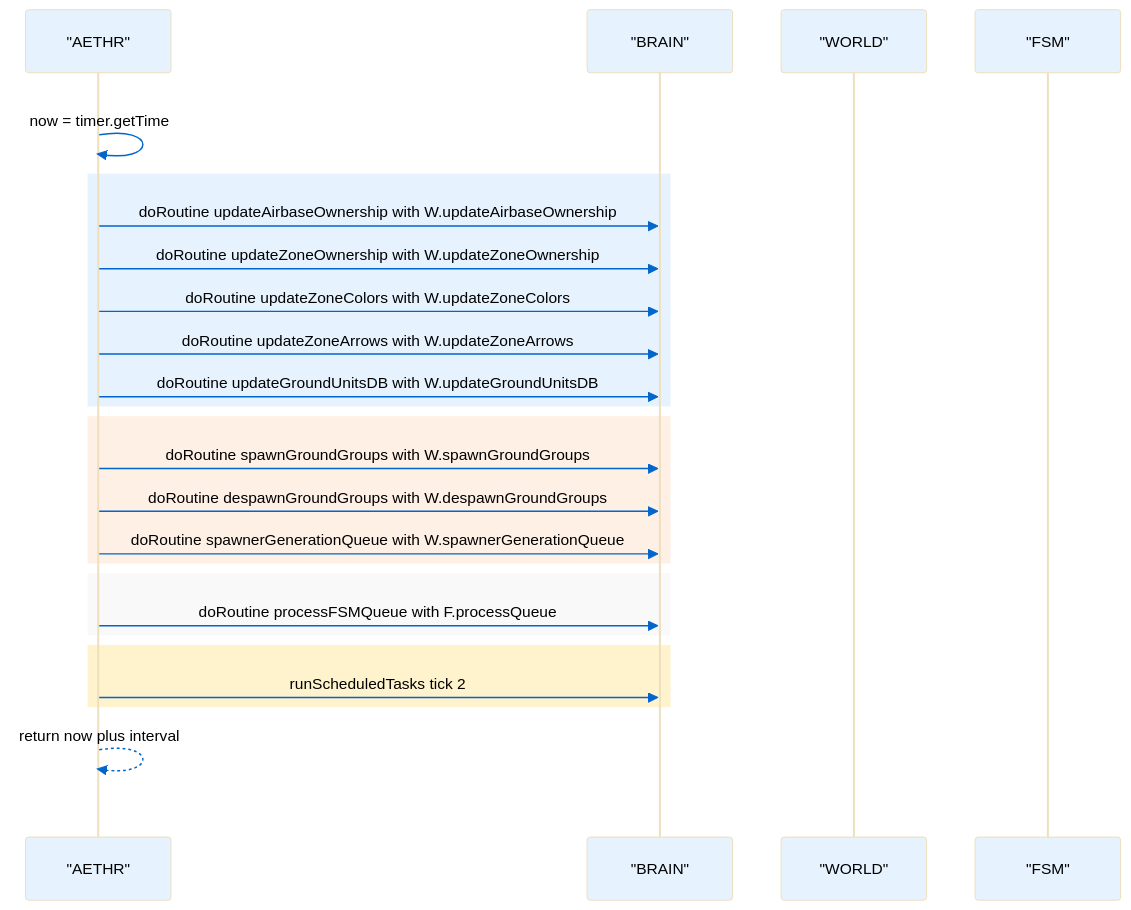
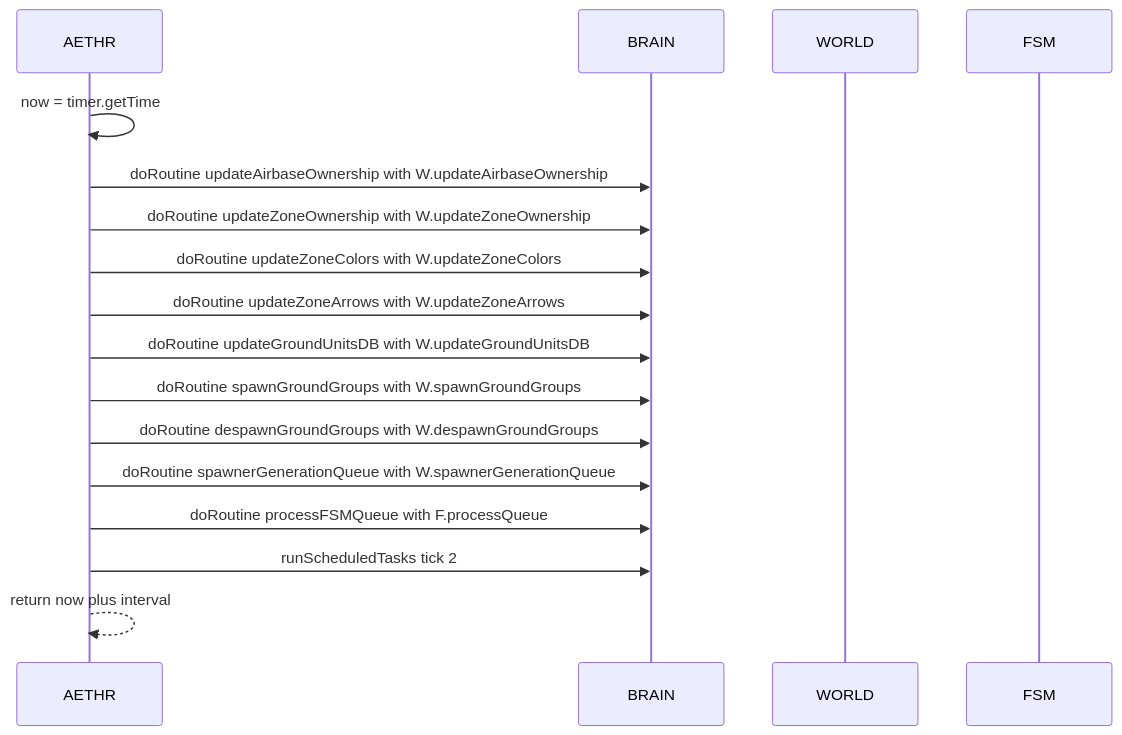
The second of 2 diagrams in docs/aethr/background_processes.md (Gh0st352/AETHR), drawn with Mermaid before and after one commit. The commit also changed other lines of this file and 20 other files, not shown here.

First line of the commit message:
docs: unify mermaid themes and clarify module graphs

````diff
--- a/docs/aethr/background_processes.md
+++ b/docs/aethr/background_processes.md
@@ -83,36 +59,21 @@
 ```mermaid
-%%{init: {"theme":"base","themeVariables":{"actorBkg":"#e6f3ff","actorTextColor":"#000000ff","lineColor":"#495057","signalColor":"#0066cc","signalTextColor":"#000000ff","textColor":"#000000ff","fontSize":"14px"}}}%%
+%% shared theme: docs/_mermaid/theme.json %%
 sequenceDiagram
-  participant A as "AETHR"
-  participant B as "BRAIN"
-  participant W as "WORLD"
-  participant F as "FSM"
+  participant A as AETHR
+  participant B as BRAIN
+  participant W as WORLD
+  participant F as FSM
 
-  rect rgba(255, 255, 255, 0.75)
-    A->>A: now = timer.getTime
-
-    rect rgb(230,243,255)
-      A->>B: doRoutine updateAirbaseOwnership with W.updateAirbaseOwnership
-      A->>B: doRoutine updateZoneOwnership with W.updateZoneOwnership
-      A->>B: doRoutine updateZoneColors with W.updateZoneColors
-      A->>B: doRoutine updateZoneArrows with W.updateZoneArrows
-      A->>B: doRoutine updateGroundUnitsDB with W.updateGroundUnitsDB
-    end
-
-    rect rgb(255,240,230)
-      A->>B: doRoutine spawnGroundGroups with W.spawnGroundGroups
-      A->>B: doRoutine despawnGroundGroups with W.despawnGroundGroups
-      A->>B: doRoutine spawnerGenerationQueue with W.spawnerGenerationQueue
-    end
-
-    rect rgb(249,249,249)
-      A->>B: doRoutine processFSMQueue with F.processQueue
-    end
-
-    rect rgb(255,243,205)
-      A->>B: runScheduledTasks tick 2
-    end
-
-    A-->>A: return now plus interval
-  end
+  A->>A: now = timer.getTime
+  A->>B: doRoutine updateAirbaseOwnership with W.updateAirbaseOwnership
+  A->>B: doRoutine updateZoneOwnership with W.updateZoneOwnership
+  A->>B: doRoutine updateZoneColors with W.updateZoneColors
+  A->>B: doRoutine updateZoneArrows with W.updateZoneArrows
+  A->>B: doRoutine updateGroundUnitsDB with W.updateGroundUnitsDB
+  A->>B: doRoutine spawnGroundGroups with W.spawnGroundGroups
+  A->>B: doRoutine despawnGroundGroups with W.despawnGroundGroups
+  A->>B: doRoutine spawnerGenerationQueue with W.spawnerGenerationQueue
+  A->>B: doRoutine processFSMQueue with F.processQueue
+  A->>B: runScheduledTasks tick 2
+  A-->>A: return now plus interval
 ```
````
